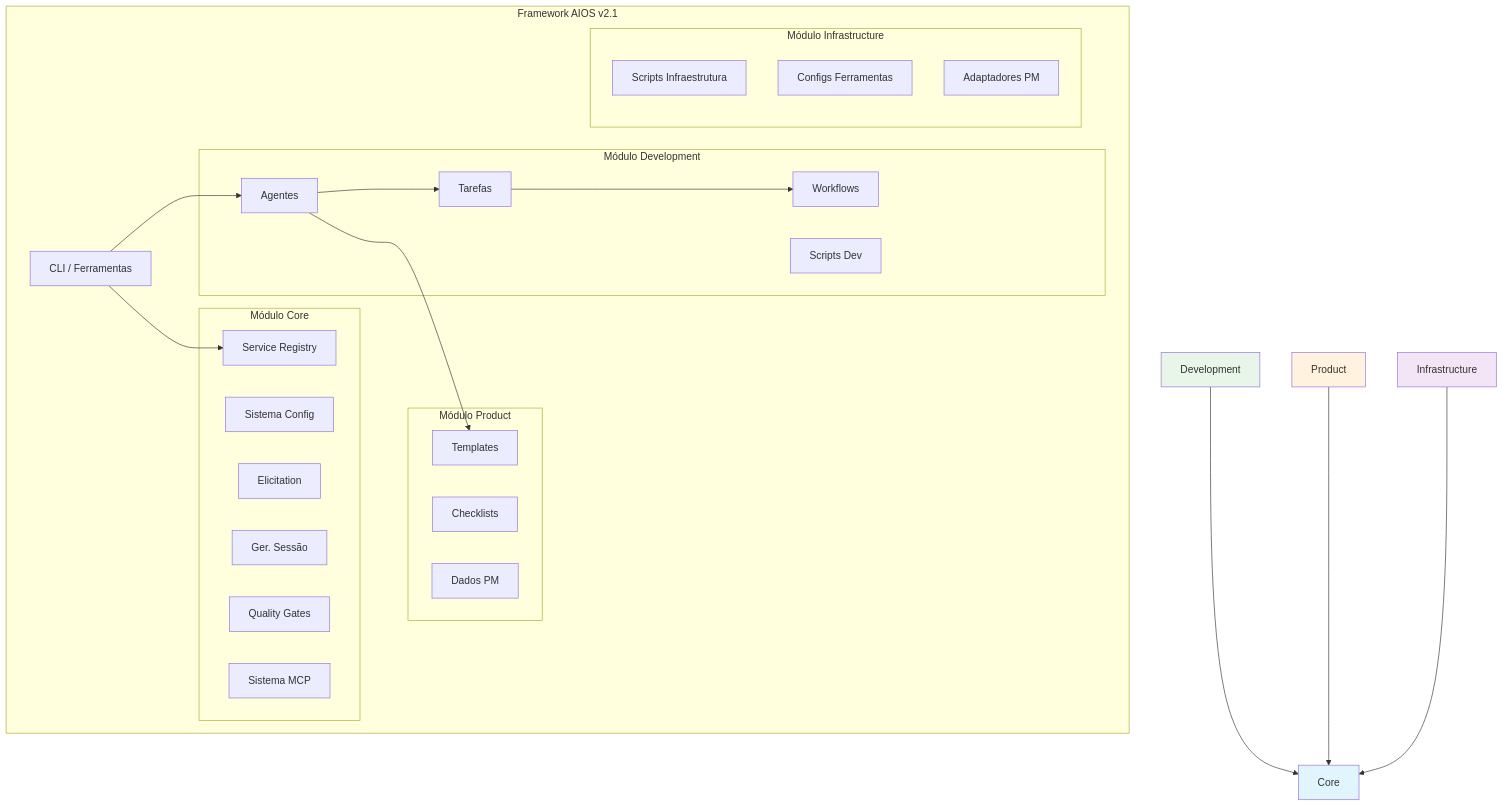
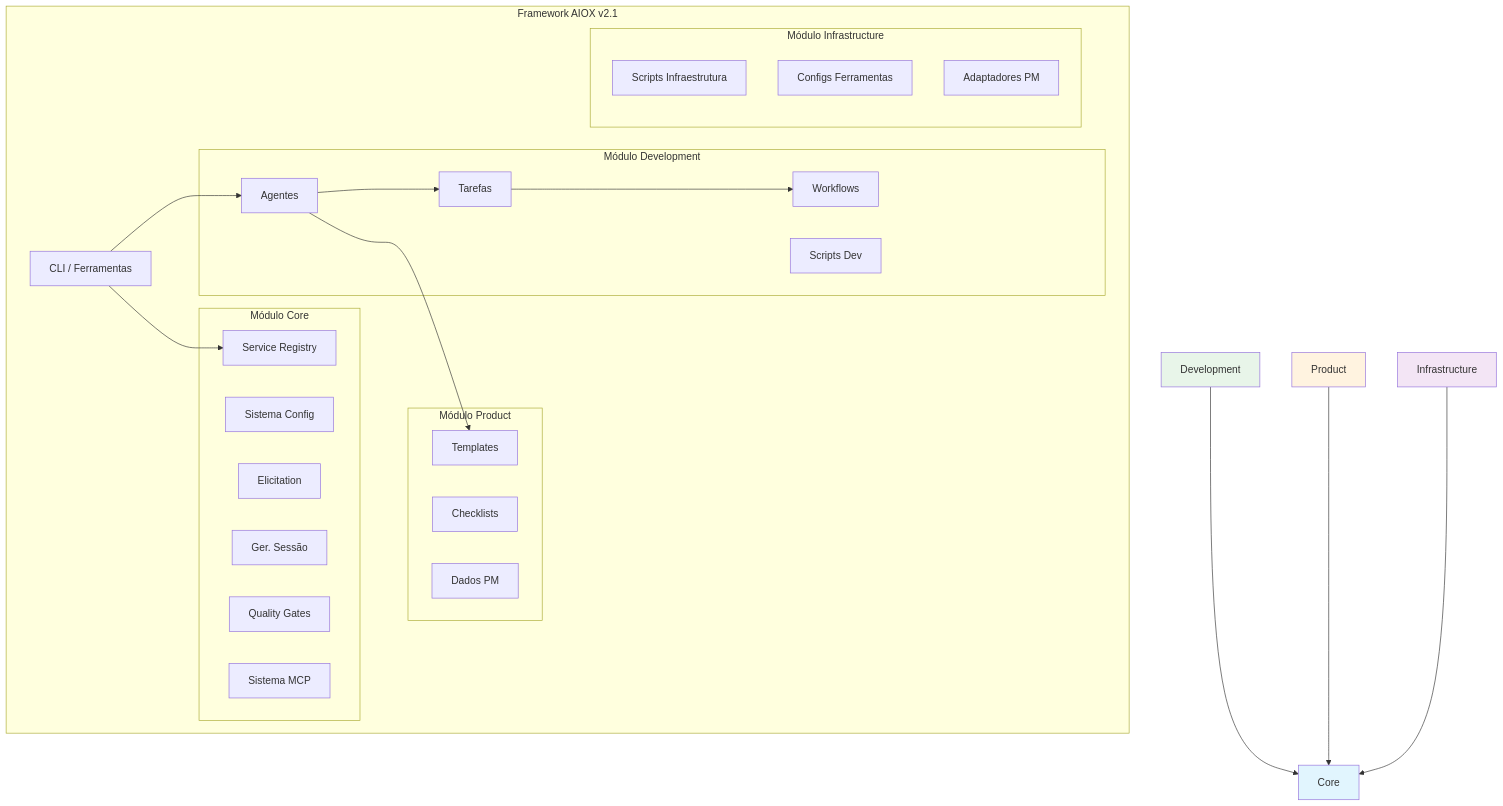
One commit to fabioeducacross/-Book-de-Resultados changed the first of 2 diagrams in docs/pt/architecture/module-system.md. Above: the diagram before and after it, drawn with Mermaid. The commit also changed other lines of this file and 867 other files, not shown here.

````diff
--- a/docs/pt/architecture/module-system.md
+++ b/docs/pt/architecture/module-system.md
@@ -54,48 +54,48 @@
 ```mermaid
 graph TB
-    subgraph "Framework AIOS v2.1"
+    subgraph "Framework AIOX v2.1"
         CLI[CLI / Ferramentas]
 
         subgraph "Módulo Product"
             Templates[Templates]
             Checklists[Checklists]
             Data[Dados PM]
         end
 
         subgraph "Módulo Development"
             Agents[Agentes]
             Tasks[Tarefas]
             Workflows[Workflows]
             Scripts[Scripts Dev]
         end
 
         subgraph "Módulo Core"
             Registry[Service Registry]
             Config[Sistema Config]
             Elicit[Elicitation]
             Session[Ger. Sessão]
             QG[Quality Gates]
             MCP[Sistema MCP]
         end
 
         subgraph "Módulo Infrastructure"
             InfraScripts[Scripts Infraestrutura]
             Tools[Configs Ferramentas]
             PM[Adaptadores PM]
         end
     end
 
     CLI --> Agents
     CLI --> Registry
     Agents --> Tasks
     Agents --> Templates
     Tasks --> Workflows
     Development --> Core
     Product --> Core
     Infrastructure --> Core
 
     style Core fill:#e1f5fe
     style Development fill:#e8f5e9
     style Product fill:#fff3e0
     style Infrastructure fill:#f3e5f5
 ```
````
